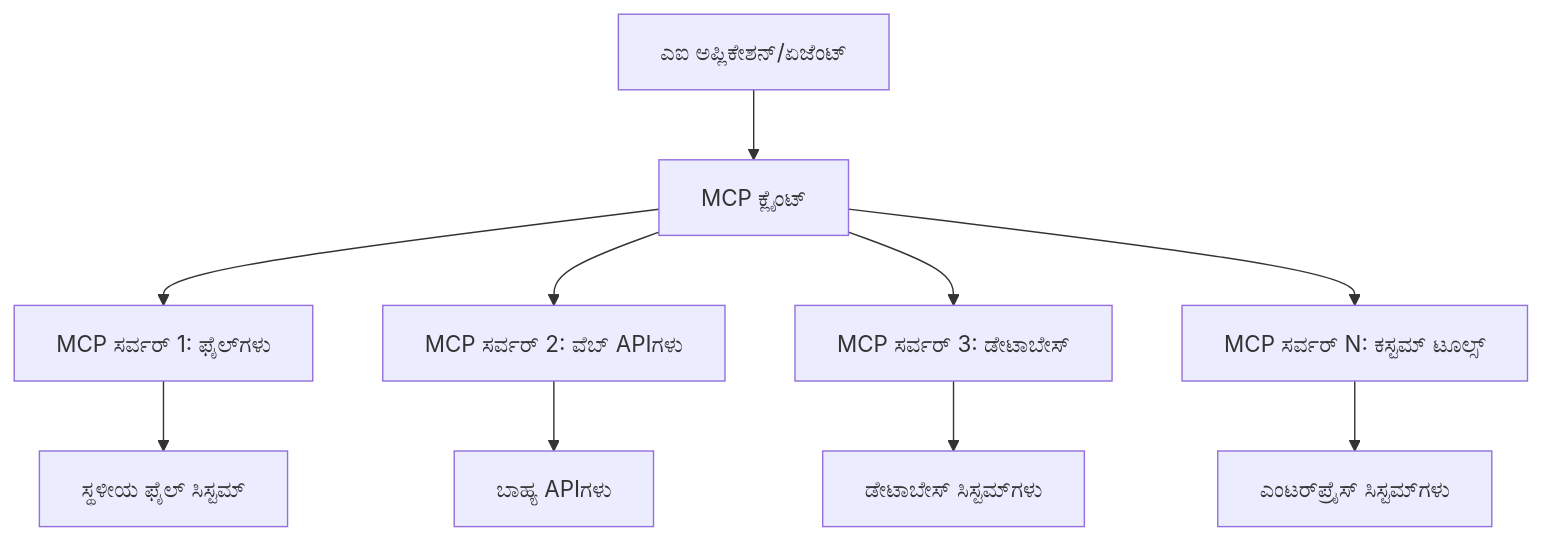
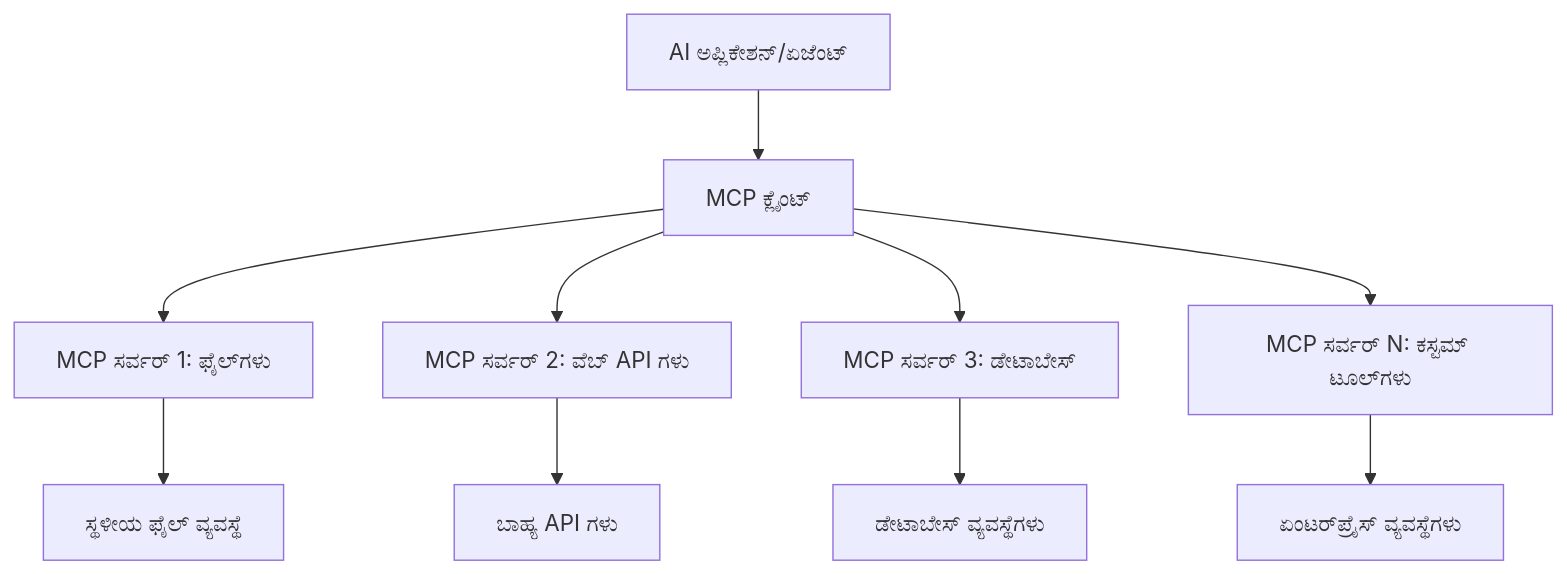
One commit to HIDORAKAI002/ai-workspace-archive changed the diagram in mcp_ecosystem__model_context_protocol/mcp_learning_resources/mcp-for-beginners/translations/kn/10-StreamliningAIWorkflowsBuildingAnMCPServerWithAIToolkit/lab2/README.md. Above: the diagram before and after it, drawn with Mermaid. The commit also changed other lines of this file and 1539 other files, not shown here.

````diff
--- a/mcp_ecosystem__model_context_protocol/mcp_learning_resources/mcp-for-beginners/translations/kn/10-StreamliningAIWorkflowsBuildingAnMCPServerWithAIToolkit/lab2/README.md
+++ b/mcp_ecosystem__model_context_protocol/mcp_learning_resources/mcp-for-beginners/translations/kn/10-StreamliningAIWorkflowsBuildingAnMCPServerWithAIToolkit/lab2/README.md
@@ -51,13 +51,13 @@
 ```mermaid
 graph TB
-    A[ಎಐ ಅಪ್ಲಿಕೇಶನ್/ಏಜೆಂಟ್] --> B[MCP ಕ್ಲೈಂಟ್]
+    A[AI ಅಪ್ಲಿಕೇಶನ್/ಏಜೆಂಟ್] --> B[MCP ಕ್ಲೈಂಟ್]
     B --> C[MCP ಸರ್ವರ್ 1: ಫೈಲ್‌ಗಳು]
-    B --> D[MCP ಸರ್ವರ್ 2: ವೆಬ್ APIಗಳು]
+    B --> D[MCP ಸರ್ವರ್ 2: ವೆಬ್ API ಗಳು]
     B --> E[MCP ಸರ್ವರ್ 3: ಡೇಟಾಬೇಸ್]
-    B --> F[MCP ಸರ್ವರ್ N: ಕಸ್ಟಮ್ ಟೂಲ್ಸ್]
+    B --> F[MCP ಸರ್ವರ್ N: ಕಸ್ಟಮ್ ಟೂಲ್‌ಗಳು]
     
-    C --> G[ಸ್ಥಳೀಯ ಫೈಲ್ ಸಿಸ್ಟಮ್]
-    D --> H[ಬಾಹ್ಯ APIಗಳು]
-    E --> I[ಡೇಟಾಬೇಸ್ ಸಿಸ್ಟಮ್‌ಗಳು]
-    F --> J[ಎಂಟರ್‌ಪ್ರೈಸ್ ಸಿಸ್ಟಮ್‌ಗಳು]
+    C --> G[ಸ್ಥಳೀಯ ಫೈಲ್ ವ್ಯವಸ್ಥೆ]
+    D --> H[ಬಾಹ್ಯ API ಗಳು]
+    E --> I[ಡೇಟಾಬೇಸ್ ವ್ಯವಸ್ಥೆಗಳು]
+    F --> J[ಏಂಟರ್‌ಪ್ರೈಸ್ ವ್ಯವಸ್ಥೆಗಳು]
 ```
````
